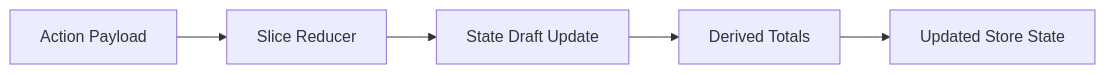
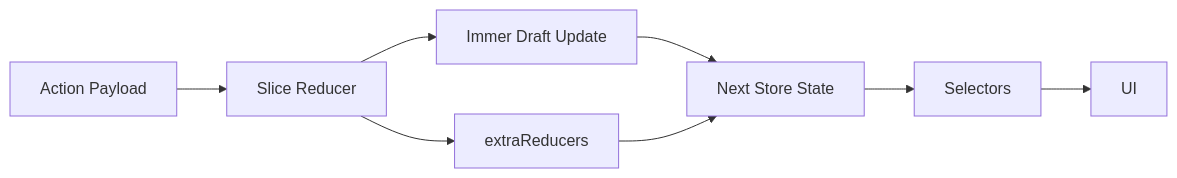
The diagram in tutorial-platform/public/tutorials/react/day-053-createslice-deep-dive.md (kaushalkumar8459/CodingTerminal-Tutorial-Notes), drawn with Mermaid before and after one commit. The commit also changed other lines of this file, not shown here.

Commit message:
Enhance Day 53 createSlice content without changing structure

````diff
--- a/tutorial-platform/public/tutorials/react/day-053-createslice-deep-dive.md
+++ b/tutorial-platform/public/tutorials/react/day-053-createslice-deep-dive.md
@@ -179,7 +290,10 @@
 ```mermaid
 flowchart LR
-		A[Action Payload] --> B[Slice Reducer]
-		B --> C[State Draft Update]
-		C --> D[Derived Totals]
-		D --> E[Updated Store State]
+    A[Action Payload] --> B[Slice Reducer]
+    B --> C[Immer Draft Update]
+    C --> D[Next Store State]
+    D --> E[Selectors]
+    E --> F[UI]
+    B --> G[extraReducers]
+    G --> D
 ```
````
